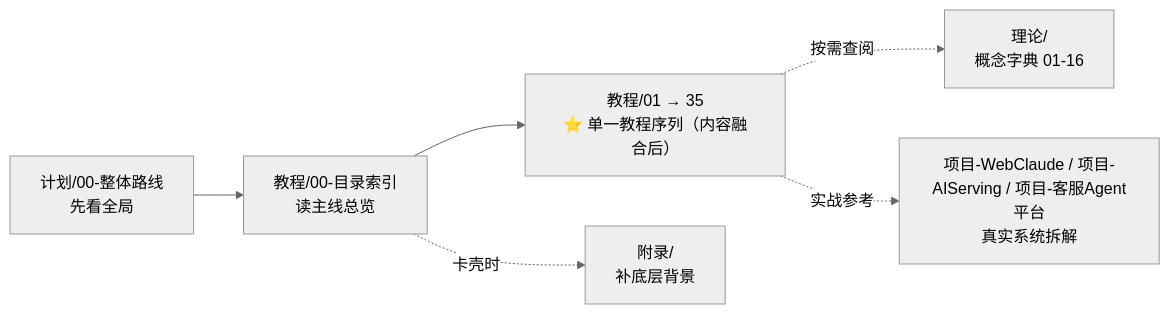
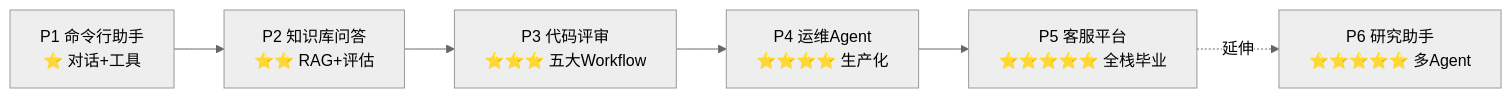
The second of 3 diagrams in docs/00-README.md (UranusGit/java-agent-learn), drawn with Mermaid (neutral theme) before and after one commit. The commit also changed other lines of this file and 1 other file, not shown here.

````diff
--- a/docs/00-README.md
+++ b/docs/00-README.md
@@ -63,8 +65,8 @@
 ```mermaid
 flowchart LR
-    P["计划/00-整体路线<br/>先看全局"] --> L1["教程/00-目录索引<br/>读主线总览"]
-    L1 --> L2["教程/01 → 35<br/>⭐ 单一教程序列（内容融合后）"]
-    L2 -.按需查阅.-> T["理论/<br/>概念字典 01-16"]
-    L1 -.卡壳时.-> F["附录/<br/>补底层背景"]
-    L2 -.实战参考.-> PJ["项目-WebClaude / 项目-AIServing / 项目-客服Agent平台<br/>真实系统拆解"]
+    P1["P1 命令行助手<br/>⭐ 对话+工具"] --> P2["P2 知识库问答<br/>⭐⭐ RAG+评估"]
+    P2 --> P3["P3 代码评审<br/>⭐⭐⭐ 五大Workflow"]
+    P3 --> P4["P4 运维Agent<br/>⭐⭐⭐⭐ 生产化"]
+    P4 --> P5["P5 客服平台<br/>⭐⭐⭐⭐⭐ 全栈毕业"]
+    P5 -.延伸.-> P6["P6 研究助手<br/>⭐⭐⭐⭐⭐ 多Agent"]
 ```
````
